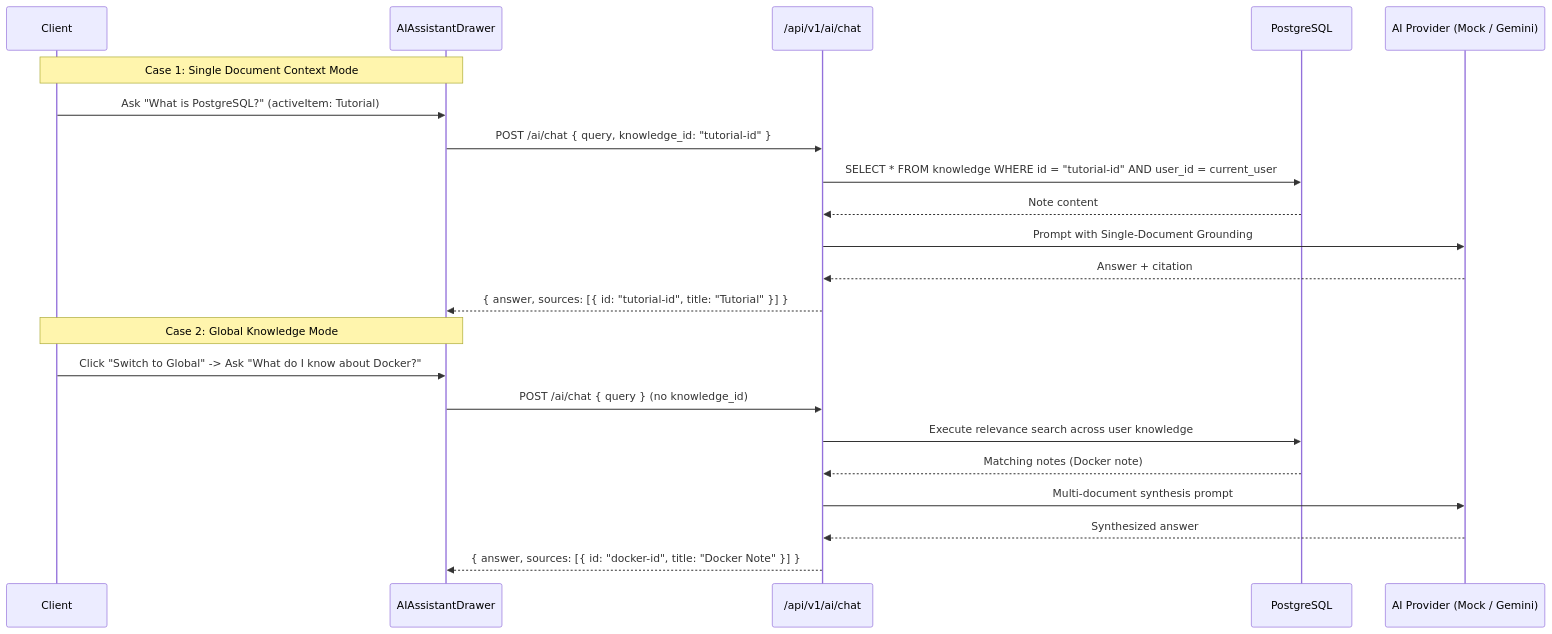
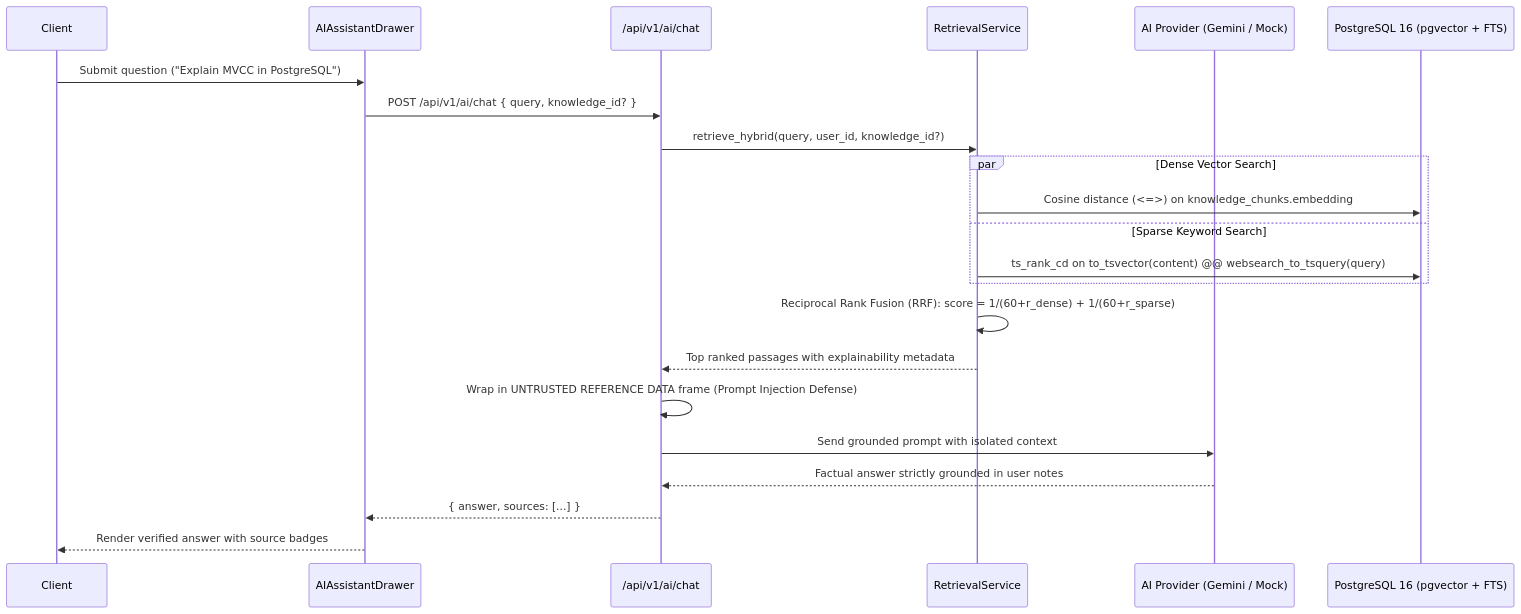
Before and after one commit to abhinavdwivedi05/second-brain: the fifth of 5 diagrams in ARCHITECTURE.md, drawn with Mermaid. The commit also changed other lines of this file and 32 other files, not shown here.

````diff
--- a/ARCHITECTURE.md
+++ b/ARCHITECTURE.md
@@ -145,26 +145,27 @@
 ```mermaid
 sequenceDiagram
     participant User as Client
     participant Drawer as AIAssistantDrawer
     participant API as /api/v1/ai/chat
-    participant DB as PostgreSQL
-    participant Provider as AI Provider (Mock / Gemini)
+    participant RAG as RetrievalService
+    participant Provider as AI Provider (Gemini / Mock)
+    participant DB as PostgreSQL 16 (pgvector + FTS)
 
-    Note over User,Drawer: Case 1: Single Document Context Mode
-    User->>Drawer: Ask "What is PostgreSQL?" (activeItem: Tutorial)
-    Drawer->>API: POST /ai/chat { query, knowledge_id: "tutorial-id" }
-    API->>DB: SELECT * FROM knowledge WHERE id = "tutorial-id" AND user_id = current_user
-    DB-->>API: Note content
-    API->>Provider: Prompt with Single-Document Grounding
-    Provider-->>API: Answer + citation
-    API-->>Drawer: { answer, sources: [{ id: "tutorial-id", title: "Tutorial" }] }
-
-    Note over User,Drawer: Case 2: Global Knowledge Mode
-    User->>Drawer: Click "Switch to Global" -> Ask "What do I know about Docker?"
-    Drawer->>API: POST /ai/chat { query } (no knowledge_id)
-    API->>DB: Execute relevance search across user knowledge
-    DB-->>API: Matching notes (Docker note)
-    API->>Provider: Multi-document synthesis prompt
-    Provider-->>API: Synthesized answer
-    API-->>Drawer: { answer, sources: [{ id: "docker-id", title: "Docker Note" }] }
+    User->>Drawer: Submit question ("Explain MVCC in PostgreSQL")
+    Drawer->>API: POST /api/v1/ai/chat { query, knowledge_id? }
+    API->>RAG: retrieve_hybrid(query, user_id, knowledge_id?)
+    
+    par Dense Vector Search
+        RAG->>DB: Cosine distance (<=>) on knowledge_chunks.embedding
+    and Sparse Keyword Search
+        RAG->>DB: ts_rank_cd on to_tsvector(content) @@ websearch_to_tsquery(query)
+    end
+    
+    RAG->>RAG: Reciprocal Rank Fusion (RRF): score = 1/(60+r_dense) + 1/(60+r_sparse)
+    RAG-->>API: Top ranked passages with explainability metadata
+    API->>API: Wrap in UNTRUSTED REFERENCE DATA frame (Prompt Injection Defense)
+    API->>Provider: Send grounded prompt with isolated context
+    Provider-->>API: Factual answer strictly grounded in user notes
+    API-->>Drawer: { answer, sources: [...] }
+    Drawer-->>User: Render verified answer with source badges
 ```
````
